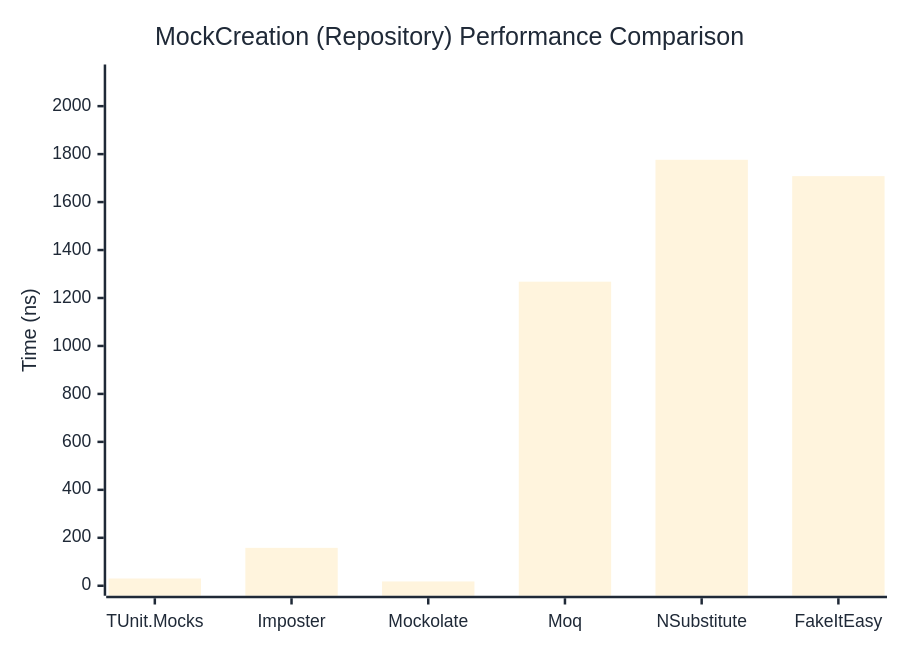
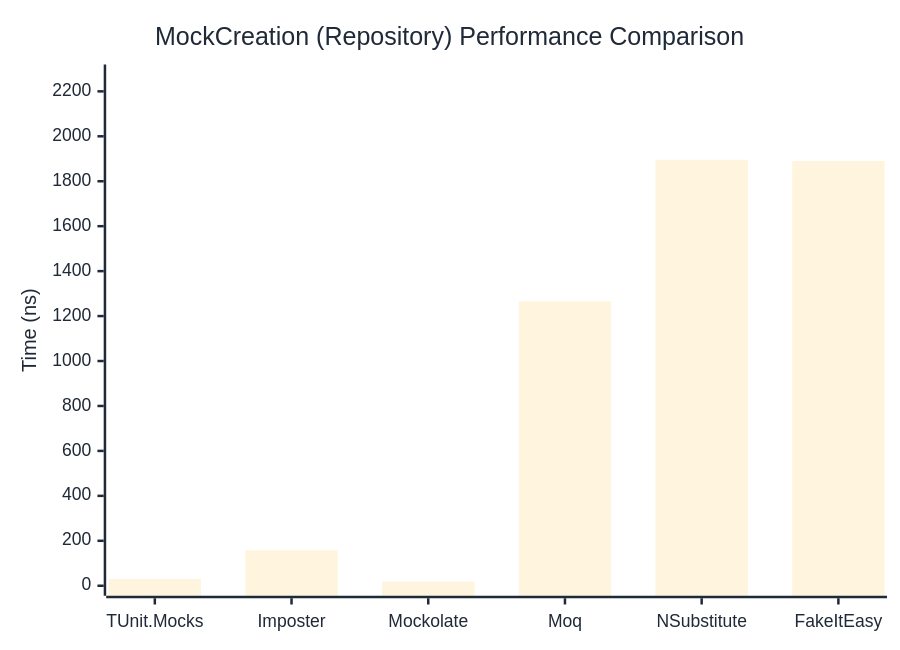
One commit to thomhurst/TUnit changed the second of 2 diagrams in docs/docs/benchmarks/mocks/MockCreation.md. Above: the diagram before and after it, drawn with Mermaid. The commit also changed other lines of this file and 14 other files, not shown here.

````diff
--- a/docs/docs/benchmarks/mocks/MockCreation.md
+++ b/docs/docs/benchmarks/mocks/MockCreation.md
@@ -71,27 +71,27 @@
 ```mermaid
 %%{init: {
   'theme':'base',
   'themeVariables': {
     'primaryColor': '#2563eb',
     'primaryTextColor': '#1f2937',
     'primaryBorderColor': '#1e40af',
     'lineColor': '#6b7280',
     'secondaryColor': '#7c3aed',
     'tertiaryColor': '#dc2626',
     'background': '#ffffff',
     'pie1': '#2563eb',
     'pie2': '#7c3aed',
     'pie3': '#dc2626',
     'pie4': '#f59e0b',
     'pie5': '#10b981',
     'pie6': '#06b6d4',
     'pie7': '#ec4899',
     'pie8': '#6366f1'
   }
 }}%%
 xychart-beta
   title "MockCreation (Repository) Performance Comparison"
   x-axis ["TUnit.Mocks", "Imposter", "Mockolate", "Moq", "NSubstitute", "FakeItEasy"]
-  y-axis "Time (ns)" 0 --> 2132
-  bar [30.25, 158.07, 17.98, 1268.01, 1776.28, 1708.13]
+  y-axis "Time (ns)" 0 --> 2275
+  bar [30.4, 157.65, 18.2, 1266.11, 1895.33, 1889.94]
 ```
````
